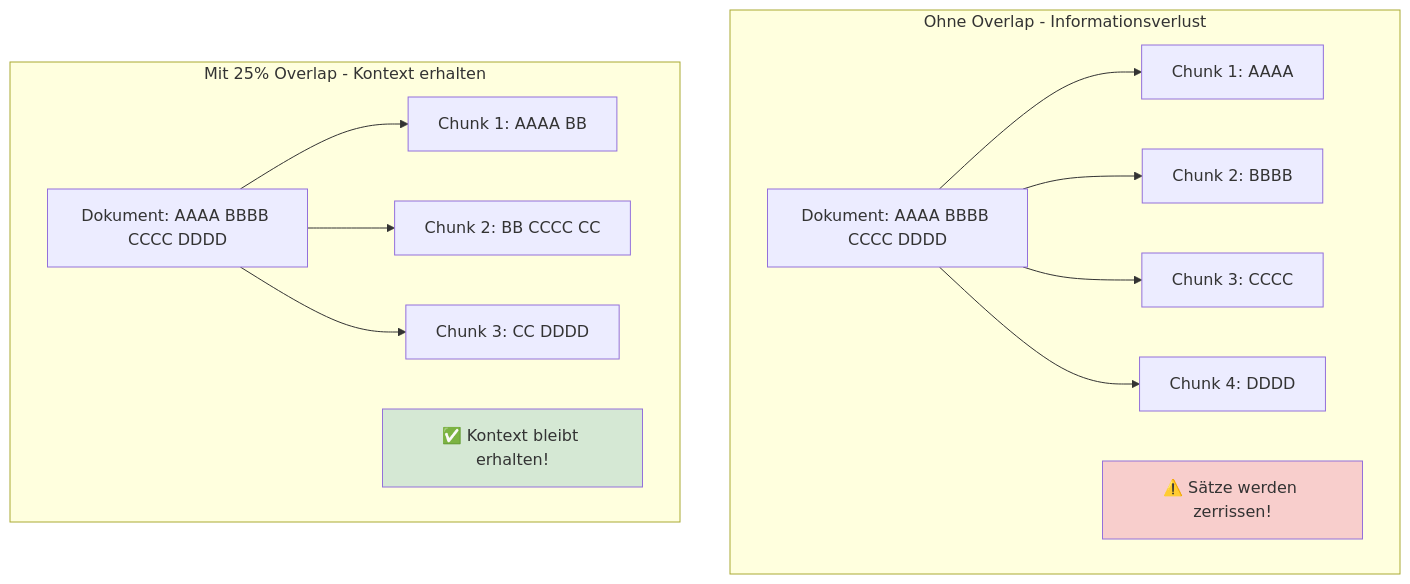
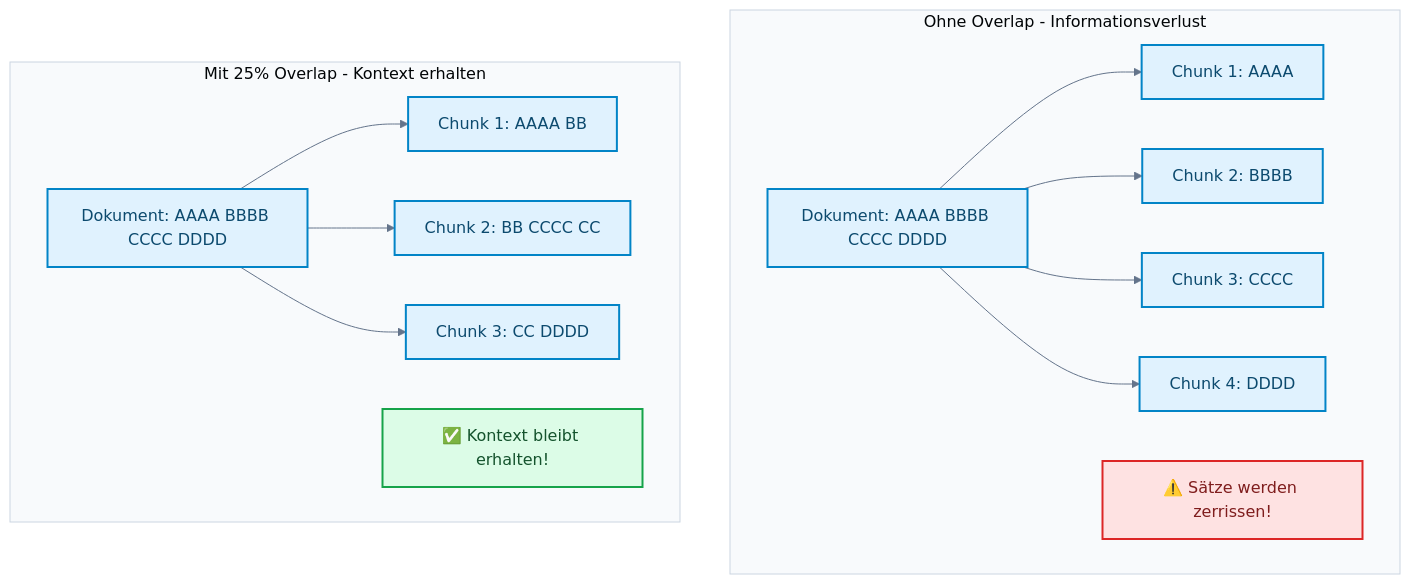
The first of 4 diagrams in docs/06-frameworks/einsteiger-chromadb.md (ralf-42/GenAI), drawn with Mermaid before and after one commit. The commit also changed other lines of this file and 25 other files, not shown here.

````diff
--- a/docs/06-frameworks/einsteiger-chromadb.md
+++ b/docs/06-frameworks/einsteiger-chromadb.md
@@ -266,33 +266,54 @@
 ```mermaid
+---
+config:
+  theme: base
+  look: classic
+  themeVariables:
+    primaryColor: '#e0f2fe'
+    primaryBorderColor: '#0284c7'
+    primaryTextColor: '#1e293b'
+    lineColor: '#64748b'
+    clusterBkg: '#f8fafc'
+    clusterBorder: '#cbd5e1'
+    noteBkgColor: '#fef3c7'
+    noteBorderColor: '#d97706'
+    noteTextColor: '#78350f'
+    edgeLabelBackground: '#ffffff'
+---
+
 flowchart TB
     subgraph "Ohne Overlap - Informationsverlust"
         DOC1[Dokument: AAAA BBBB CCCC DDDD]
         C1[Chunk 1: AAAA]
         C2[Chunk 2: BBBB]
         C3[Chunk 3: CCCC]
         C4[Chunk 4: DDDD]
 
         DOC1 --> C1
         DOC1 --> C2
         DOC1 --> C3
         DOC1 --> C4
 
         WARN1[⚠️ Sätze werden zerrissen!]
     end
 
     subgraph "Mit 25% Overlap - Kontext erhalten"
         DOC2[Dokument: AAAA BBBB CCCC DDDD]
         O1[Chunk 1: AAAA BB]
         O2[Chunk 2: BB CCCC CC]
         O3[Chunk 3: CC DDDD]
 
         DOC2 --> O1
         DOC2 --> O2
         DOC2 --> O3
 
         OK1[✅ Kontext bleibt erhalten!]
     end
 
-    style WARN1 fill:#f8cecc
-    style OK1 fill:#d5e8d4
+%% Funktionsfarben nach Mermaid_Best_Practices.md
+classDef default fill:#e0f2fe,stroke:#0284c7,stroke-width:2px,color:#0c4a6e;
+classDef stop fill:#fee2e2,stroke:#dc2626,stroke-width:2px,color:#7f1d1d;
+classDef output fill:#dcfce7,stroke:#16a34a,stroke-width:2px,color:#14532d;
+class WARN1 stop;
+class OK1 output;
 ```
````
